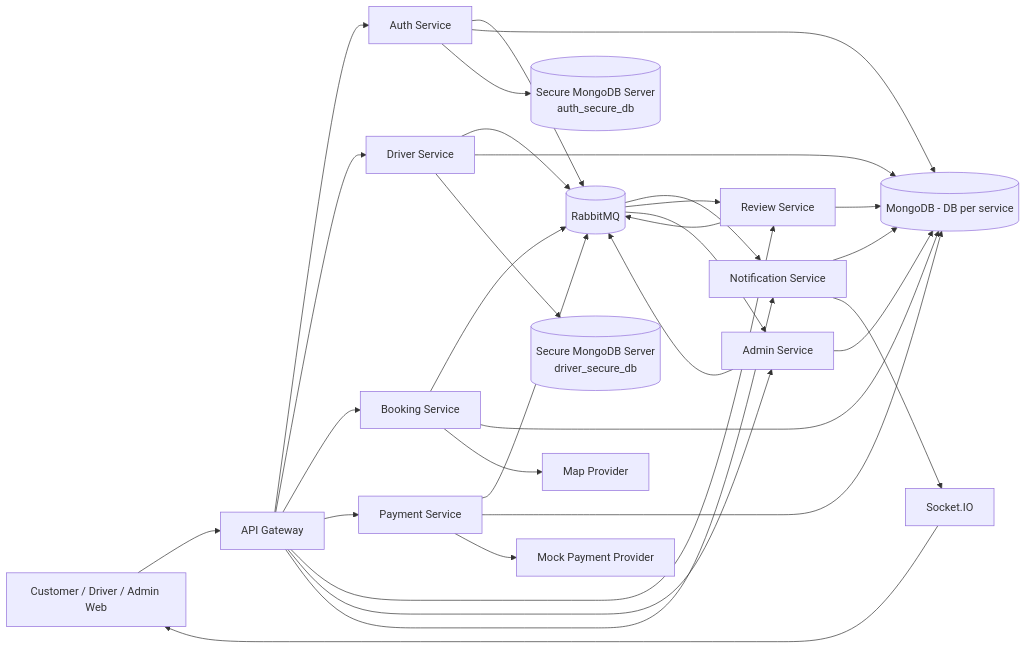
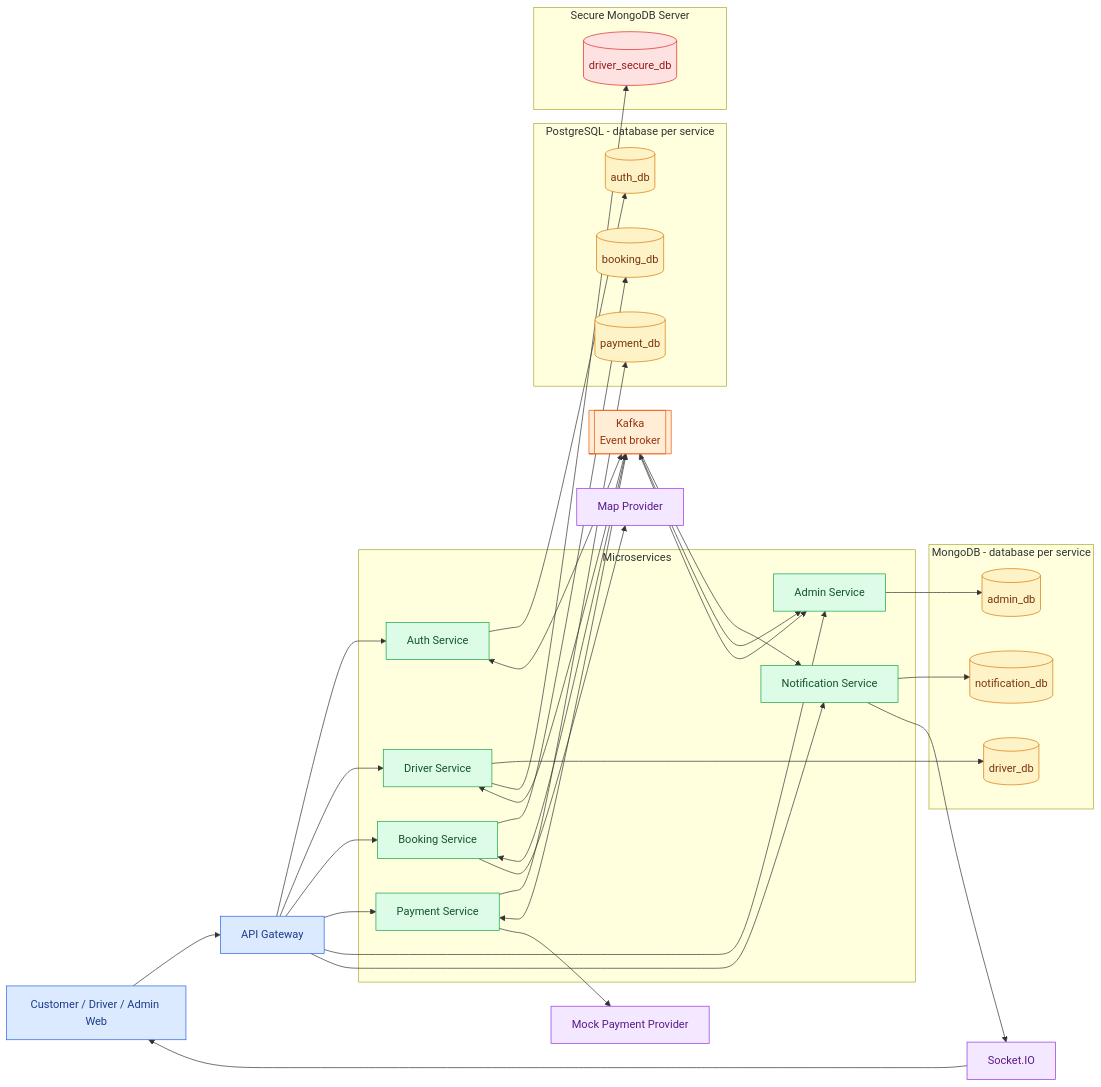
Before and after one commit to toru12030-netizen/23732061_MaiQuocHung_CabSystem: the diagram in micro_service/micro_service_design.md, drawn with Mermaid. The commit also changed other lines of this file and 66 other files, not shown here.

````diff
--- a/micro_service/micro_service_design.md
+++ b/micro_service/micro_service_design.md
@@ -92,33 +124,78 @@
 ```mermaid
 flowchart LR
-    Client[Customer / Driver / Admin Web] --> Gateway[API Gateway]
-    Gateway --> Auth[Auth Service]
-    Gateway --> Driver[Driver Service]
-    Gateway --> Booking[Booking Service]
-    Gateway --> Payment[Payment Service]
-    Gateway --> Review[Review Service]
-    Gateway --> Admin[Admin Service]
-    Gateway --> Notify[Notification Service]
-    Auth --> MQ[(RabbitMQ)]
-    Driver --> MQ
-    Booking --> MQ
-    Payment --> MQ
-    Review --> MQ
-    Admin --> MQ
+    Client["Customer / Driver / Admin Web"]
+    Gateway["API Gateway"]
+
+    Client --> Gateway
+
+    subgraph SERVICES["Microservices"]
+        Auth["Auth Service"]
+        Driver["Driver Service"]
+        Booking["Booking Service"]
+        Payment["Payment Service"]
+        Admin["Admin Service"]
+        Notify["Notification Service"]
+    end
+
+    Gateway --> Auth
+    Gateway --> Driver
+    Gateway --> Booking
+    Gateway --> Payment
+    Gateway --> Admin
+    Gateway --> Notify
+
+    subgraph POSTGRES["PostgreSQL - database per service"]
+        AuthDB[("auth_db")]
+        BookingDB[("booking_db")]
+        PaymentDB[("payment_db")]
+    end
+
+    subgraph MONGO["MongoDB - database per service"]
+        DriverDB[("driver_db")]
+        AdminDB[("admin_db")]
+        NotifyDB[("notification_db")]
+    end
+
+    Auth --> AuthDB
+    Driver --> DriverDB
+    Booking --> BookingDB
+    Payment --> PaymentDB
+    Admin --> AdminDB
+    Notify --> NotifyDB
+
+    subgraph SECURE["Secure MongoDB Server"]
+        DriverSecure[("driver_secure_db")]
+    end
+
+    Driver --> DriverSecure
+
+    MQ[["Kafka<br/>Event broker"]]
+
+    Auth <--> MQ
+    Driver <--> MQ
+    Booking <--> MQ
+    Payment <--> MQ
+    Admin <--> MQ
     MQ --> Notify
-    MQ --> Review
     MQ --> Admin
-    Auth --> Mongo[(MongoDB - DB per service)]
-    Driver --> Mongo
-    Booking --> Mongo
-    Payment --> Mongo
-    Review --> Mongo
-    Notify --> Mongo
-    Admin --> Mongo
-    Auth --> SecureAuth[(Secure MongoDB Server<br/>auth_secure_db)]
-    Driver --> SecureDriver[(Secure MongoDB Server<br/>driver_secure_db)]
-    Notify --> Socket[Socket.IO]
+
+    Notify --> Socket["Socket.IO"]
     Socket --> Client
-    Payment --> PGW[Mock Payment Provider]
-    Booking --> Map[Map Provider]
+
+    Payment --> PGW["Mock Payment Provider"]
+    Booking --> Map["Map Provider"]
+
+    classDef client fill:#dbeafe,stroke:#2563eb,color:#1e3a8a
+    classDef service fill:#dcfce7,stroke:#16a34a,color:#14532d
+    classDef database fill:#fef3c7,stroke:#d97706,color:#78350f
+    classDef secure fill:#fee2e2,stroke:#dc2626,color:#991b1b
+    classDef broker fill:#ffedd5,stroke:#ea580c,color:#9a3412
+    classDef external fill:#f3e8ff,stroke:#9333ea,color:#581c87
+
+    class Client,Gateway client
+    class Auth,Driver,Booking,Payment,Admin,Notify service
+    class AuthDB,DriverDB,BookingDB,PaymentDB,AdminDB,NotifyDB database
+    class DriverSecure secure
+    class MQ broker
+    class Socket,PGW,Map external
 ```
````
